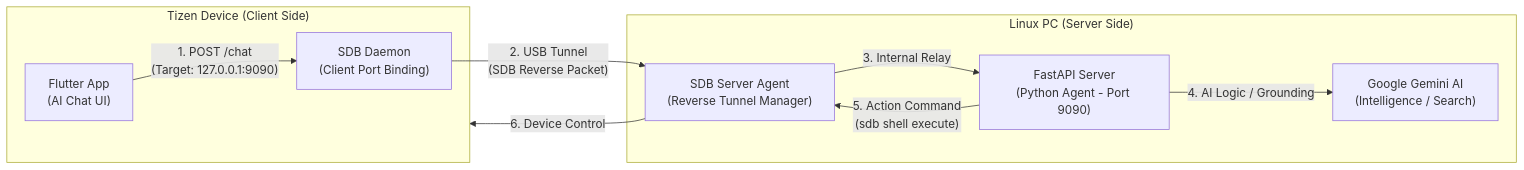
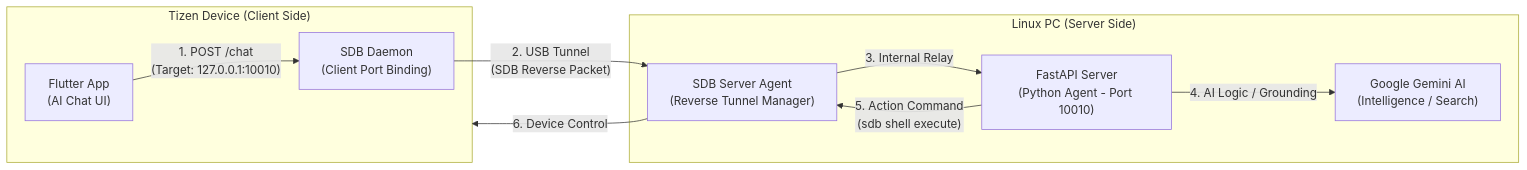
One commit to shyunMin/tizen-home-agent changed the second of 3 diagrams in README.md. Above: the diagram before and after it, drawn with Mermaid. The commit also changed other lines of this file, not shown here.

Commit message:
Update README port to 10010 and refresh test execution logs

````diff
--- a/README.md
+++ b/README.md
@@ -71,21 +71,21 @@
 ```mermaid
 graph LR
     subgraph TizenDevice["Tizen Device (Client Side)"]
         FlutterApp["Flutter App<br/>(AI Chat UI)"]
         SDBDaemon["SDB Daemon<br/>(Client Port Binding)"]
     end
 
     subgraph LinuxPC["Linux PC (Server Side)"]
         SDBServer["SDB Server Agent<br/>(Reverse Tunnel Manager)"]
-        FastAPIServer["FastAPI Server<br/>(Python Agent - Port 9090)"]
+        FastAPIServer["FastAPI Server<br/>(Python Agent - Port 10010)"]
         GeminiAPI["Google Gemini AI<br/>(Intelligence / Search)"]
     end
 
     %% 통신 흐름
-    FlutterApp -- "1. POST /chat<br/>(Target: 127.0.0.1:9090)" --> SDBDaemon
+    FlutterApp -- "1. POST /chat<br/>(Target: 127.0.0.1:10010)" --> SDBDaemon
     SDBDaemon -- "2. USB Tunnel<br/>(SDB Reverse Packet)" --> SDBServer
     SDBServer -- "3. Internal Relay" --> FastAPIServer
     FastAPIServer -- "4. AI Logic / Grounding" --> GeminiAPI
     FastAPIServer -- "5. Action Command<br/>(sdb shell execute)" --> SDBServer
     SDBServer -- "6. Device Control" --> TizenDevice
 ```
````
